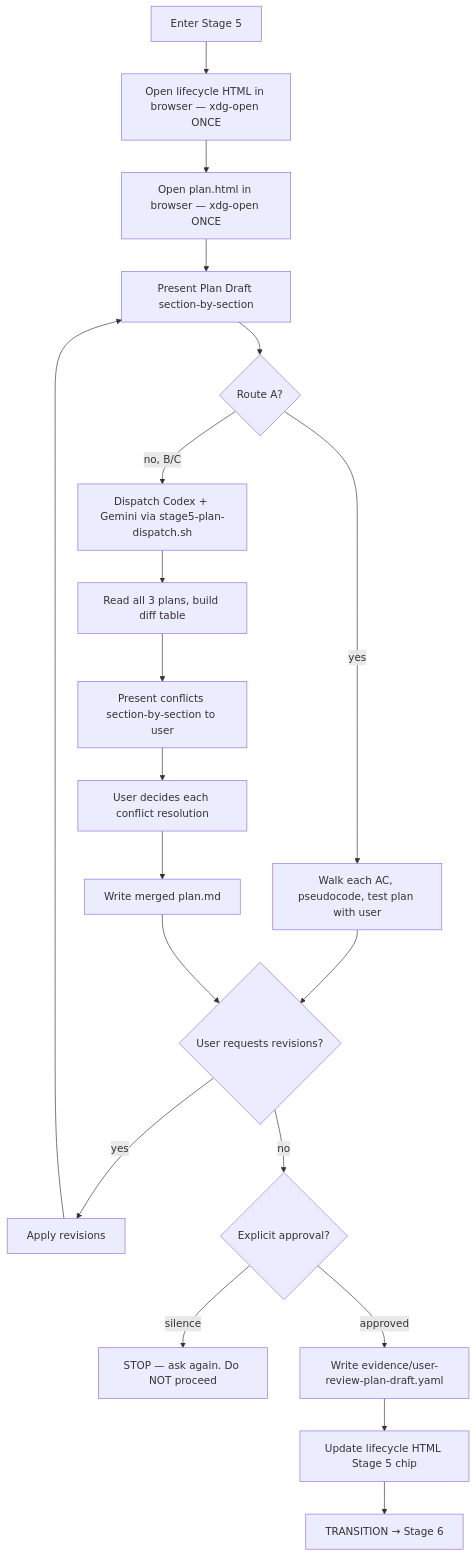
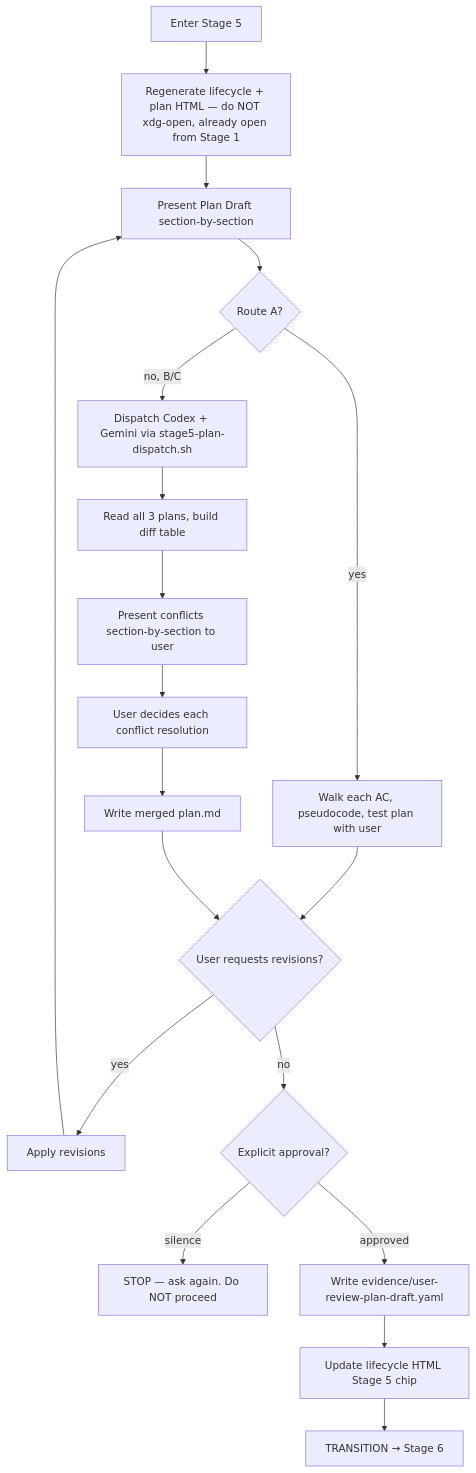
Before and after one commit to vamseeachanta/workspace-hub: the fifth of 20 diagrams in .claude/work-queue/assets/WRK-1316/stage-objectives-and-flowcharts.md, drawn with Mermaid. The commit also changed other lines of this file and 32 other files, not shown here.

````diff
--- a/.claude/work-queue/assets/WRK-1316/stage-objectives-and-flowcharts.md
+++ b/.claude/work-queue/assets/WRK-1316/stage-objectives-and-flowcharts.md
@@ -199,21 +202,20 @@
 ```mermaid
 flowchart TD
-    A[Enter Stage 5] --> B[Open lifecycle HTML in browser — xdg-open ONCE]
-    B --> C[Open plan.html in browser — xdg-open ONCE]
-    C --> D[Present Plan Draft section-by-section]
+    A[Enter Stage 5] --> B[Regenerate lifecycle + plan HTML — do NOT xdg-open, already open from Stage 1]
+    B --> D[Present Plan Draft section-by-section]
     D --> E{Route A?}
     E -->|yes| F[Walk each AC, pseudocode, test plan with user]
     E -->|no, B/C| G[Dispatch Codex + Gemini via stage5-plan-dispatch.sh]
     G --> H[Read all 3 plans, build diff table]
     H --> I[Present conflicts section-by-section to user]
     I --> J[User decides each conflict resolution]
     J --> K[Write merged plan.md]
     F --> L{User requests revisions?}
     K --> L
     L -->|yes| M[Apply revisions] --> D
     L -->|no| N{Explicit approval?}
     N -->|silence| O[STOP — ask again. Do NOT proceed]
     N -->|approved| P[Write evidence/user-review-plan-draft.yaml]
     P --> Q[Update lifecycle HTML Stage 5 chip]
     Q --> R[TRANSITION → Stage 6]
 ```
````
